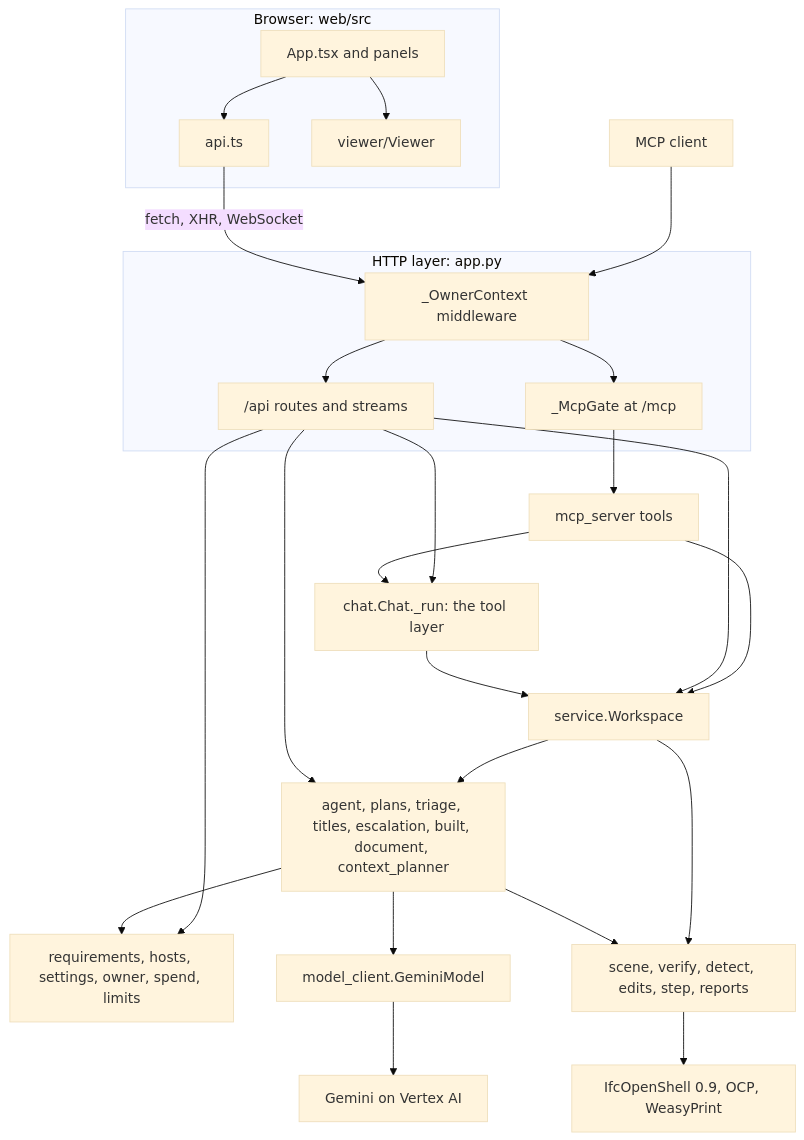
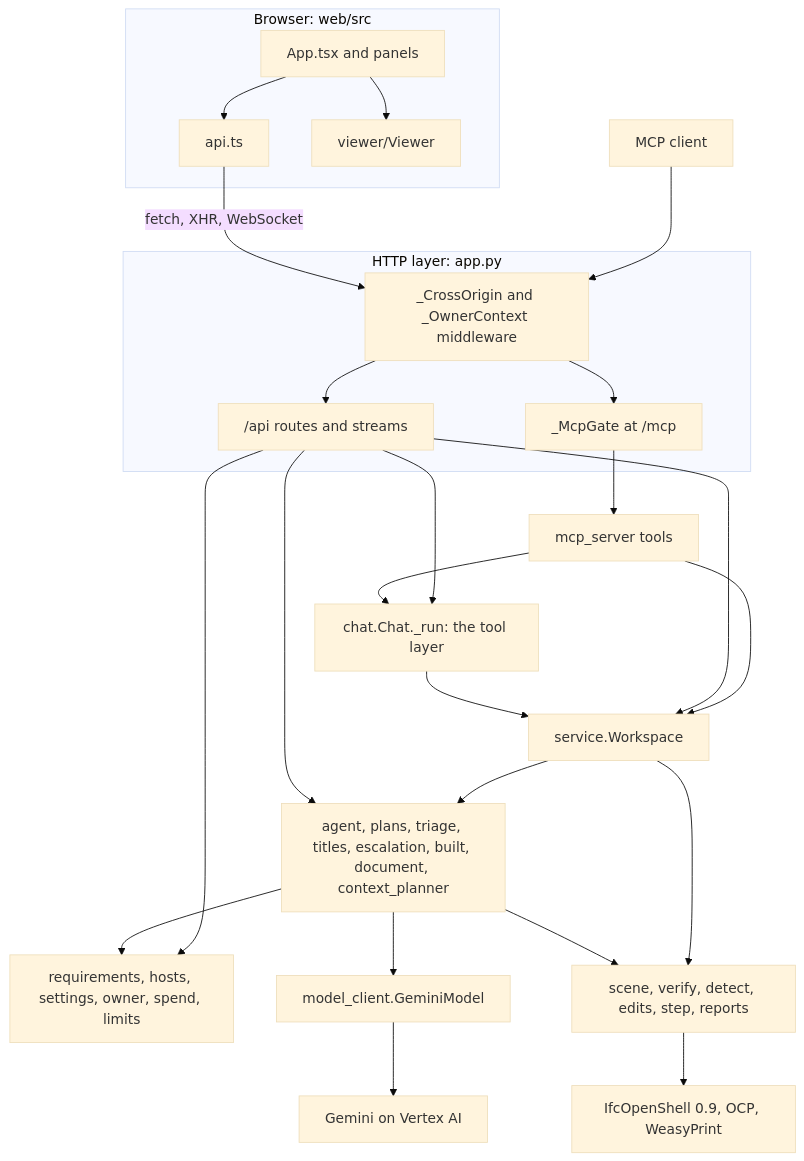
One commit to Saravana-Rajan/IRIS changed the second of 4 diagrams in docs/architecture/02-system-architecture.md. Above: the diagram before and after it, drawn with Mermaid (base theme). The commit also changed other lines of this file and 36 other files, not shown here.

````diff
--- a/docs/architecture/02-system-architecture.md
+++ b/docs/architecture/02-system-architecture.md
@@ -76,44 +102,44 @@
 ```mermaid
 flowchart TB
   subgraph web["Browser: web/src"]
     app["App.tsx and panels"]
     apits["api.ts"]
     viewer["viewer/Viewer"]
   end
   mcpClient["MCP client"]
   subgraph http["HTTP layer: app.py"]
-    mw["_OwnerContext middleware"]
+    mw["_CrossOrigin and _OwnerContext middleware"]
     routes["/api routes and streams"]
     gate["_McpGate at /mcp"]
   end
   tools["mcp_server tools"]
   chat["chat.Chat._run: the tool layer"]
   ws["service.Workspace"]
   flows["agent, plans, triage, titles, escalation, built, document, context_planner"]
   rules["requirements, hosts, settings, owner, spend, limits"]
   client["model_client.GeminiModel"]
   geo["scene, verify, detect, edits, step, reports"]
   libs["IfcOpenShell 0.9, OCP, WeasyPrint"]
   hostsExt["Gemini on Vertex AI"]
   app --> apits
   app --> viewer
   apits -->|"fetch, XHR, WebSocket"| mw
   mcpClient --> mw
   mw --> routes
   mw --> gate
   gate --> tools
   tools --> chat
   routes --> chat
   chat --> ws
   routes --> ws
   tools --> ws
   routes --> flows
   ws --> flows
   flows --> client
   flows --> geo
   ws --> geo
   flows --> rules
   routes --> rules
   client --> hostsExt
   geo --> libs
 ```
````
